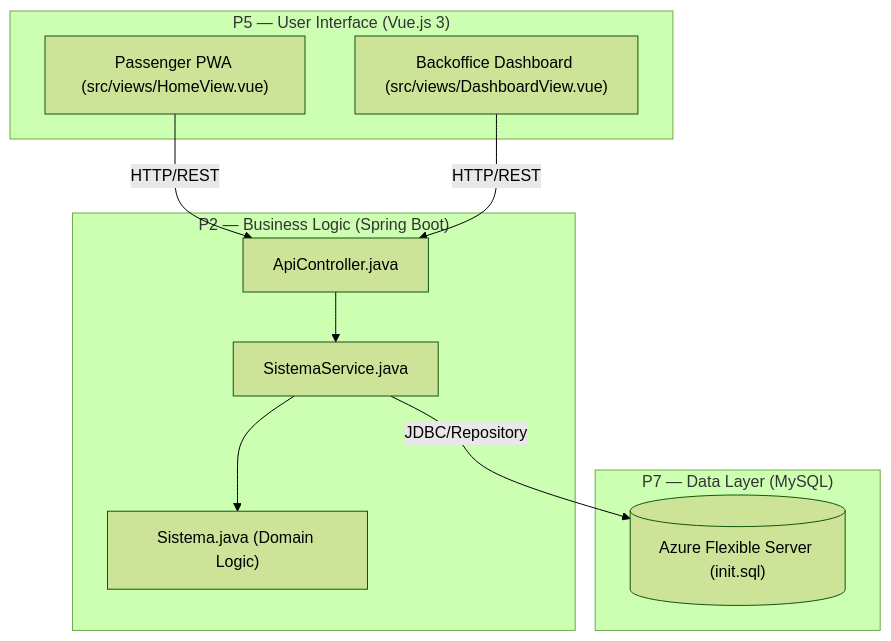
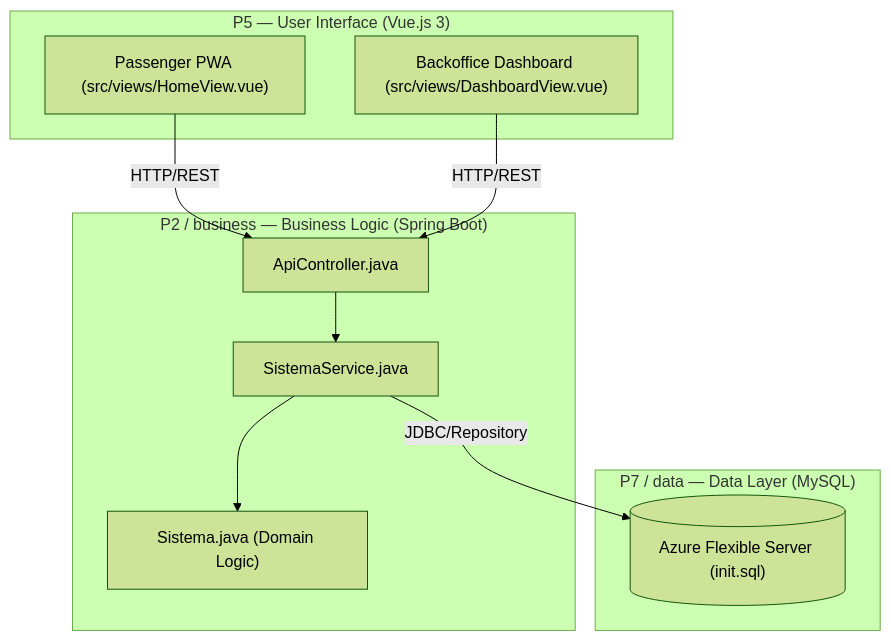
Before and after one commit to afonso4machado-a11y/pgu-tub-dai: the first of 2 diagrams in Wiki/00-Visao-Geral.md, drawn with Mermaid (forest theme). The commit also changed other lines of this file and 8 other files, not shown here.

Commit message:
docs: update wiki files with new package names and add simple + technical explanations to all diagrams

````diff
--- a/Wiki/00-Visao-Geral.md
+++ b/Wiki/00-Visao-Geral.md
@@ -18,22 +18,22 @@
 ```mermaid
 graph TD
  subgraph "P5 — User Interface (Vue.js 3)"
  A["Passenger PWA (src/views/HomeView.vue)"]
  B["Backoffice Dashboard (src/views/DashboardView.vue)"]
  end
 
- subgraph "P2 — Business Logic (Spring Boot)"
+ subgraph "P2 / business — Business Logic (Spring Boot)"
  C["ApiController.java"]
  D["SistemaService.java"]
  E["Sistema.java (Domain Logic)"]
  end
 
- subgraph "P7 — Data Layer (MySQL)"
+ subgraph "P7 / data — Data Layer (MySQL)"
  F[("Azure Flexible Server (init.sql)")]
  end
 
  A & B -->|"HTTP/REST"| C
  C --> D
  D --> E
  D -->|"JDBC/Repository"| F
 ```
````
